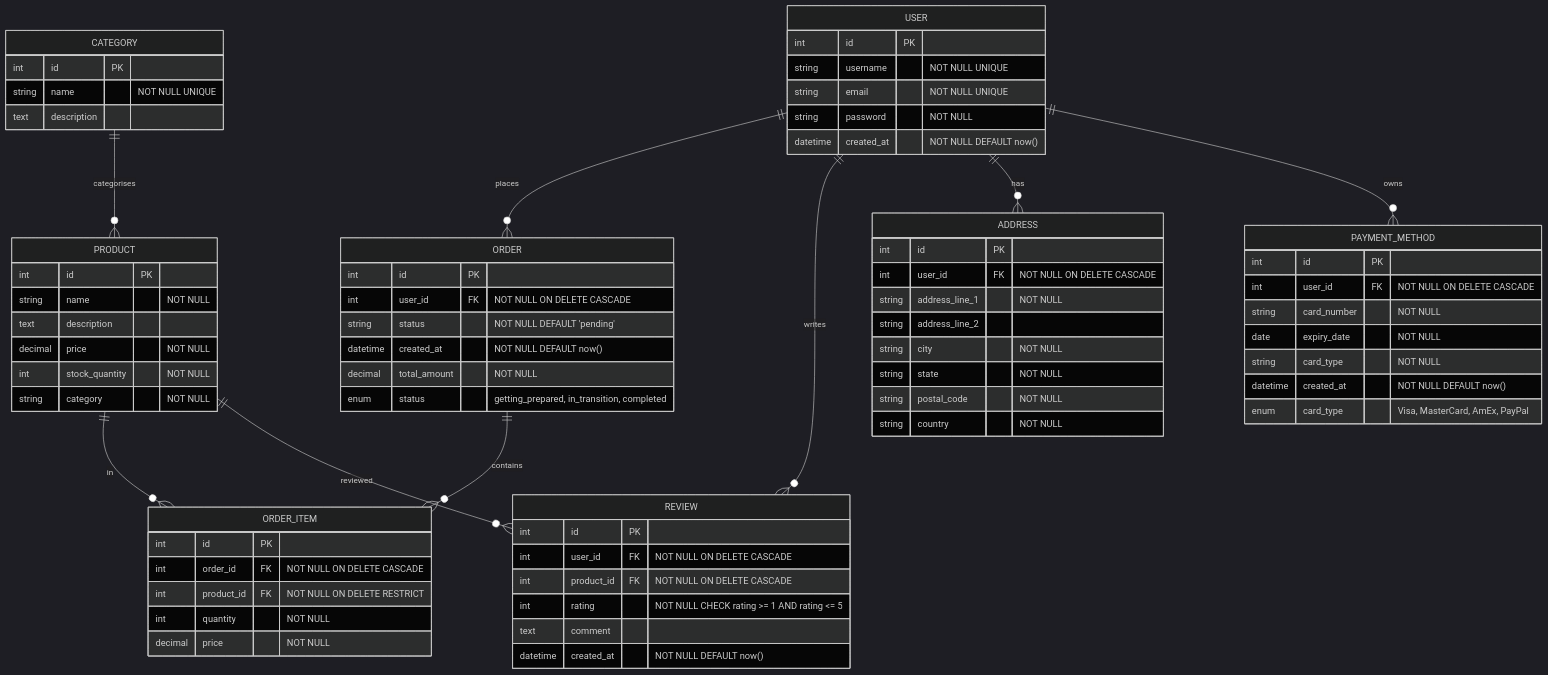
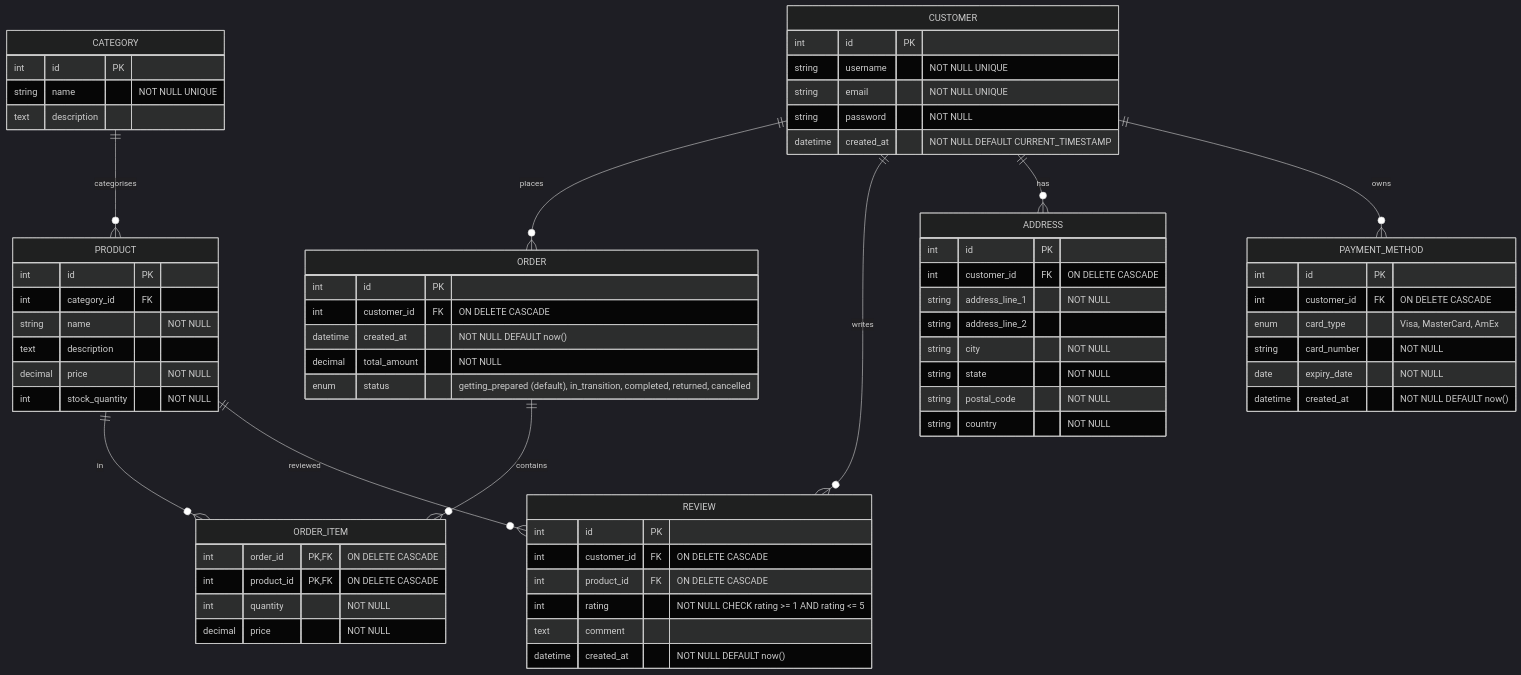
The diagram in schema.mmd (nadzyah/home-decor-db), drawn with Mermaid (dark theme) before and after one commit. The commit also changed 2 other files, not shown here.

Commit message:
Remove inconsistencies between schema and script

```diff
--- a/schema.mmd
+++ b/schema.mmd
@@ -1,87 +1,76 @@
 erDiagram
-  USER {
+  CUSTOMER {
     int id PK
     string username "NOT NULL UNIQUE"
     string email "NOT NULL UNIQUE"
     string password "NOT NULL"
-    datetime created_at "NOT NULL DEFAULT now()"
+    datetime created_at "NOT NULL DEFAULT CURRENT_TIMESTAMP"
   }
 
   PRODUCT {
     int id PK
+    int category_id FK
     string name "NOT NULL"
     text description
     decimal price "NOT NULL"
     int stock_quantity "NOT NULL"
-    string category "NOT NULL"
   }
 
   ORDER {
     int id PK
-    int user_id FK "NOT NULL ON DELETE CASCADE"
-    string status "NOT NULL DEFAULT 'pending'"
+    int customer_id FK "ON DELETE CASCADE"
     datetime created_at "NOT NULL DEFAULT now()"
     decimal total_amount "NOT NULL"
+    enum status "getting_prepared (default), in_transition, completed, returned, cancelled"
   }
 
   ORDER_ITEM {
-    int id PK
-    int order_id FK "NOT NULL ON DELETE CASCADE"
-    int product_id FK "NOT NULL ON DELETE RESTRICT"
+    int order_id PK,FK "ON DELETE CASCADE"
+    int product_id PK,FK "ON DELETE CASCADE"
     int quantity "NOT NULL"
     decimal price "NOT NULL"
   }
 
   REVIEW {
     int id PK
-    int user_id FK "NOT NULL ON DELETE CASCADE"
-    int product_id FK "NOT NULL ON DELETE CASCADE"
+    int customer_id FK "ON DELETE CASCADE"
+    int product_id FK "ON DELETE CASCADE"
     int rating "NOT NULL CHECK rating >= 1 AND rating <= 5"
     text comment
     datetime created_at "NOT NULL DEFAULT now()"
   }
 
   ADDRESS {
     int id PK
-    int user_id FK "NOT NULL ON DELETE CASCADE"
+    int customer_id FK "ON DELETE CASCADE"
     string address_line_1 "NOT NULL"
     string address_line_2
     string city "NOT NULL"
     string state "NOT NULL"
     string postal_code "NOT NULL"
     string country "NOT NULL"
   }
 
   PAYMENT_METHOD {
     int id PK
-    int user_id FK "NOT NULL ON DELETE CASCADE"
+    int customer_id FK "ON DELETE CASCADE"
+    enum card_type "Visa, MasterCard, AmEx"
     string card_number "NOT NULL"
     date expiry_date "NOT NULL"
-    string card_type "NOT NULL"
     datetime created_at "NOT NULL DEFAULT now()"
   }
 
   CATEGORY {
     int id PK
     string name "NOT NULL UNIQUE"
     text description
   }
 
-  USER ||--o{ ORDER : "places"
-  USER ||--o{ REVIEW : "writes"
-  USER ||--o{ ADDRESS : "has"
-  USER ||--o{ PAYMENT_METHOD : "owns"
+  CUSTOMER ||--o{ ORDER : "places"
+  CUSTOMER ||--o{ REVIEW : "writes"
+  CUSTOMER ||--o{ ADDRESS : "has"
+  CUSTOMER ||--o{ PAYMENT_METHOD : "owns"
   ORDER ||--o{ ORDER_ITEM : "contains"
   PRODUCT ||--o{ ORDER_ITEM : "in"
   PRODUCT ||--o{ REVIEW : "reviewed"
   CATEGORY ||--o{ PRODUCT : "categorises"
-
-  %% Order Status Enum
-  ORDER {
-    enum status "getting_prepared, in_transition, completed"
-  }
-
-  %% Card Type Enum
-  PAYMENT_METHOD {
-    enum card_type "Visa, MasterCard, AmEx, PayPal"
-  }
```
